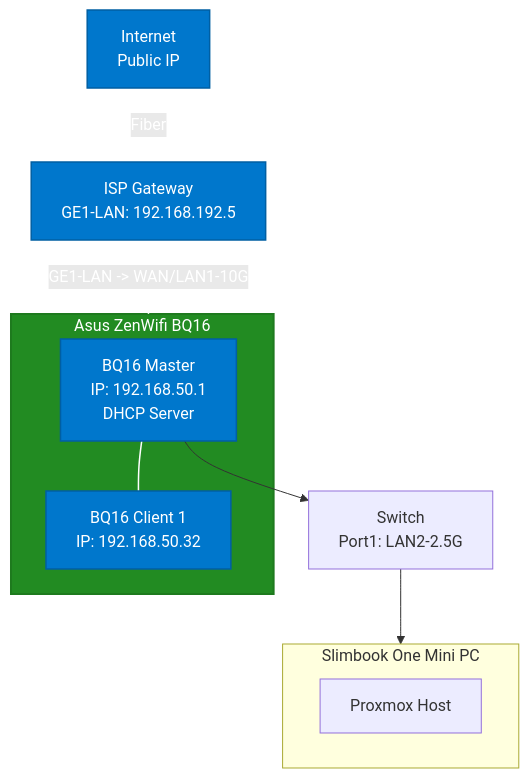
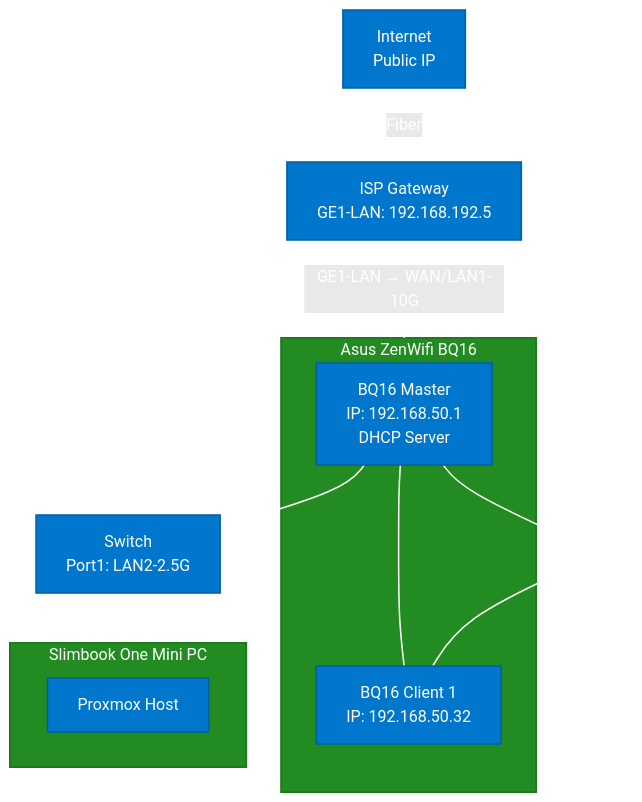
Before and after one commit to lukkeutgens/Homelab: the diagram in Research/architecture.md, drawn with Mermaid.

````diff
--- a/Research/architecture.md
+++ b/Research/architecture.md
@@ -4,31 +4,38 @@
 ```mermaid
 flowchart TD
     A[Internet<br/>Public IP] <-->|Fiber| B[ISP Gateway<br/>GE1-LAN: 192.168.192.5]
-    B <-->|GE1-LAN -> WAN/LAN1-10G| ZW[Asus ZenWifi BQ16]
+    B <-->|GE1-LAN → WAN/LAN1-10G| ZW[Asus ZenWifi BQ16]
 
     subgraph ZW [Asus ZenWifi BQ16]
         C[BQ16 Master<br/>IP: 192.168.50.1<br/>DHCP Server]
         D[BQ16 Client 1<br/>IP: 192.168.50.32]
         C --- D
     end
 
     %% Positioneer switch onder Master
     C --> S[Switch<br/>Port1: LAN2-2.5G]
     S --> SLIM[Mini PC: Slimbook One<br/>IP: 192.168.50.x<br/>OS: Proxmox]
 
     subgraph SLIM [Slimbook One Mini PC]
         P[Proxmox Host]
         %% Hier komen later de VM's
     end
 
+    %% Layout hint: dummy node om D rechts van C te houden
+    C --> X[ ]
+    X --- D
+    style X fill:transparent,stroke:transparent
+
     %% Styling
     style A fill:#0077cc,color:#ffffff,stroke:#005fa3,stroke-width:1.5px
     style B fill:#0077cc,color:#ffffff,stroke:#005fa3,stroke-width:1.5px
     style C fill:#0077cc,color:#ffffff,stroke:#005fa3,stroke-width:1.5px
     style D fill:#0077cc,color:#ffffff,stroke:#005fa3,stroke-width:1.5px
+    style S fill:#0077cc,color:#ffffff,stroke:#005fa3,stroke-width:1.5px
+    style SLIM fill:#228b22,color:#ffffff,stroke:#1e7a1e,stroke-width:2px
     style ZW fill:#228b22,color:#ffffff,stroke:#1e7a1e,stroke-width:2px
+    style P fill:#0077cc,color:#ffffff,stroke:#005fa3,stroke-width:1.5px
 
-    linkStyle 0 stroke:#ffffff,stroke-width:1.5px,color:#ffffff
-    linkStyle 1 stroke:#ffffff,stroke-width:1.5px,color:#ffffff
-    linkStyle 2 stroke:#ffffff,stroke-width:1.5px,color:#ffffff
+    linkStyle default stroke:#ffffff,stroke-width:1.5px,color:#ffffff
+
 ```
````
